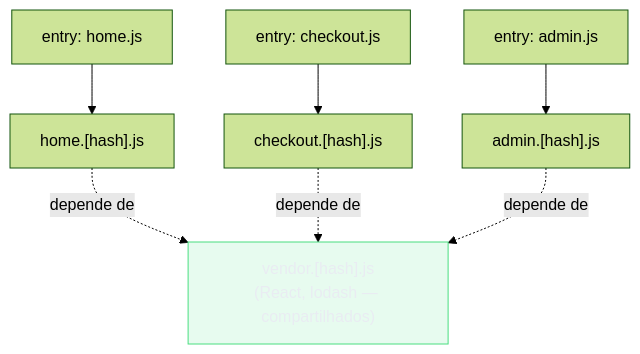
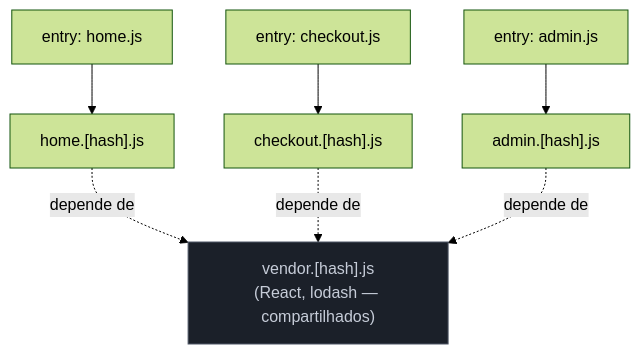
Before and after one commit to josenaldo/codex-technomanticus: the second of 10 diagrams in 03-Dominios/Tecnologia/Tooling e Build/11 - webpack - o veterano.md, drawn with Mermaid (forest theme). The commit also changed other lines of this file and 601 other files, not shown here.

````diff
--- a/03-Dominios/Tecnologia/Tooling e Build/11 - webpack - o veterano.md
+++ b/03-Dominios/Tecnologia/Tooling e Build/11 - webpack - o veterano.md
@@ -122,22 +121,22 @@
 ```mermaid
 graph TD
-    classDef ok fill:#4ADE8021,stroke:#4ADE80,color:#E9ECF2
+    classDef neutro fill:#1B2029,stroke:#4E5666,color:#C6CCD8
     HOME_E["entry: home.js"]
     CHECK_E["entry: checkout.js"]
     ADMIN_E["entry: admin.js"]
 
     HOME_C["home.[hash].js"]
     CHECK_C["checkout.[hash].js"]
     ADMIN_C["admin.[hash].js"]
     VENDOR_C["vendor.[hash].js\n(React, lodash — compartilhados)"]
 
     HOME_E --> HOME_C
     CHECK_E --> CHECK_C
     ADMIN_E --> ADMIN_C
 
     HOME_C -.->|"depende de"| VENDOR_C
     CHECK_C -.->|"depende de"| VENDOR_C
     ADMIN_C -.->|"depende de"| VENDOR_C
 
-    class VENDOR_C ok
+    class VENDOR_C neutro
 ```
````
